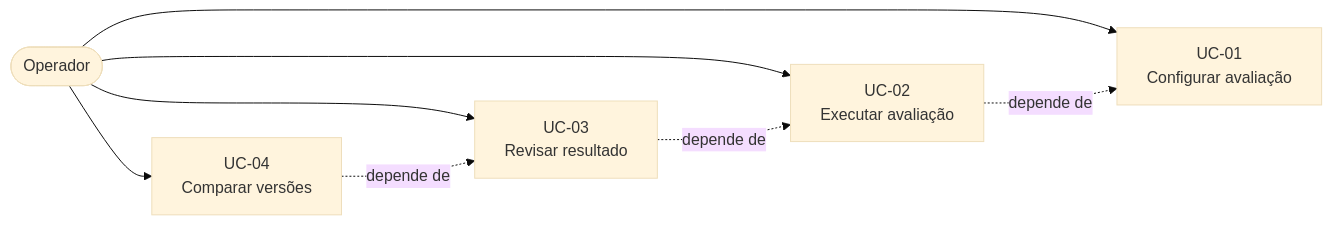
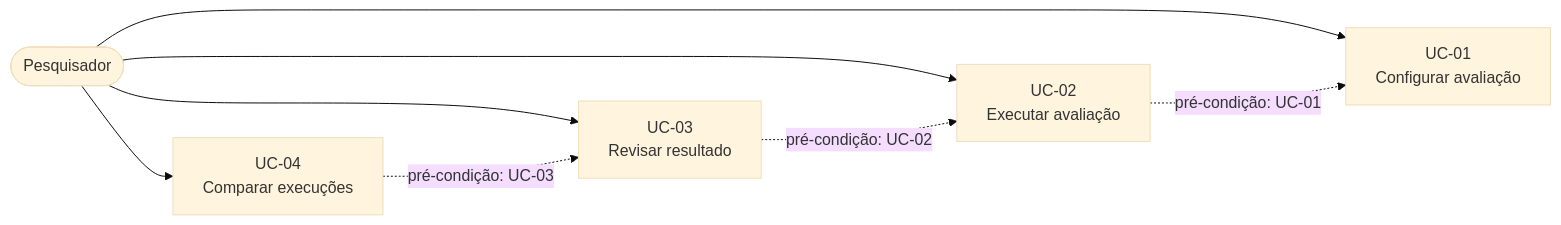
One commit to onhoudini/SI changed the diagram in docs/4-casos-de-uso.md. Above: the diagram before and after it, drawn with Mermaid (base theme). The commit also changed other lines of this file and 5 other files, not shown here.

Commit message:
Atualiza documentação do Lean Canvas e Elicitação de Requisitos, incluindo novos requisitos funcionais e não funcionais, além de ajustes nos casos de uso e diagrama de processos. Adiciona backlog de referências.

````diff
--- a/docs/4-casos-de-uso.md
+++ b/docs/4-casos-de-uso.md
@@ -9,10 +9,10 @@
 ```mermaid
 flowchart LR
-    Operador([Operador]) --> UC01[UC-01<br>Configurar avaliação]
-    Operador --> UC02[UC-02<br>Executar avaliação]
-    Operador --> UC03[UC-03<br>Revisar resultado]
-    Operador --> UC04[UC-04<br>Comparar versões]
-    UC02 -.->|depende de| UC01
-    UC03 -.->|depende de| UC02
-    UC04 -.->|depende de| UC03
+    Pesquisador([Pesquisador]) --> UC01[UC-01<br>Configurar avaliação]
+    Pesquisador --> UC02[UC-02<br>Executar avaliação]
+    Pesquisador --> UC03[UC-03<br>Revisar resultado]
+    Pesquisador --> UC04[UC-04<br>Comparar execuções]
+    UC02 -.->|pré-condição: UC-01| UC01
+    UC03 -.->|pré-condição: UC-02| UC02
+    UC04 -.->|pré-condição: UC-03| UC03
 ```
````
